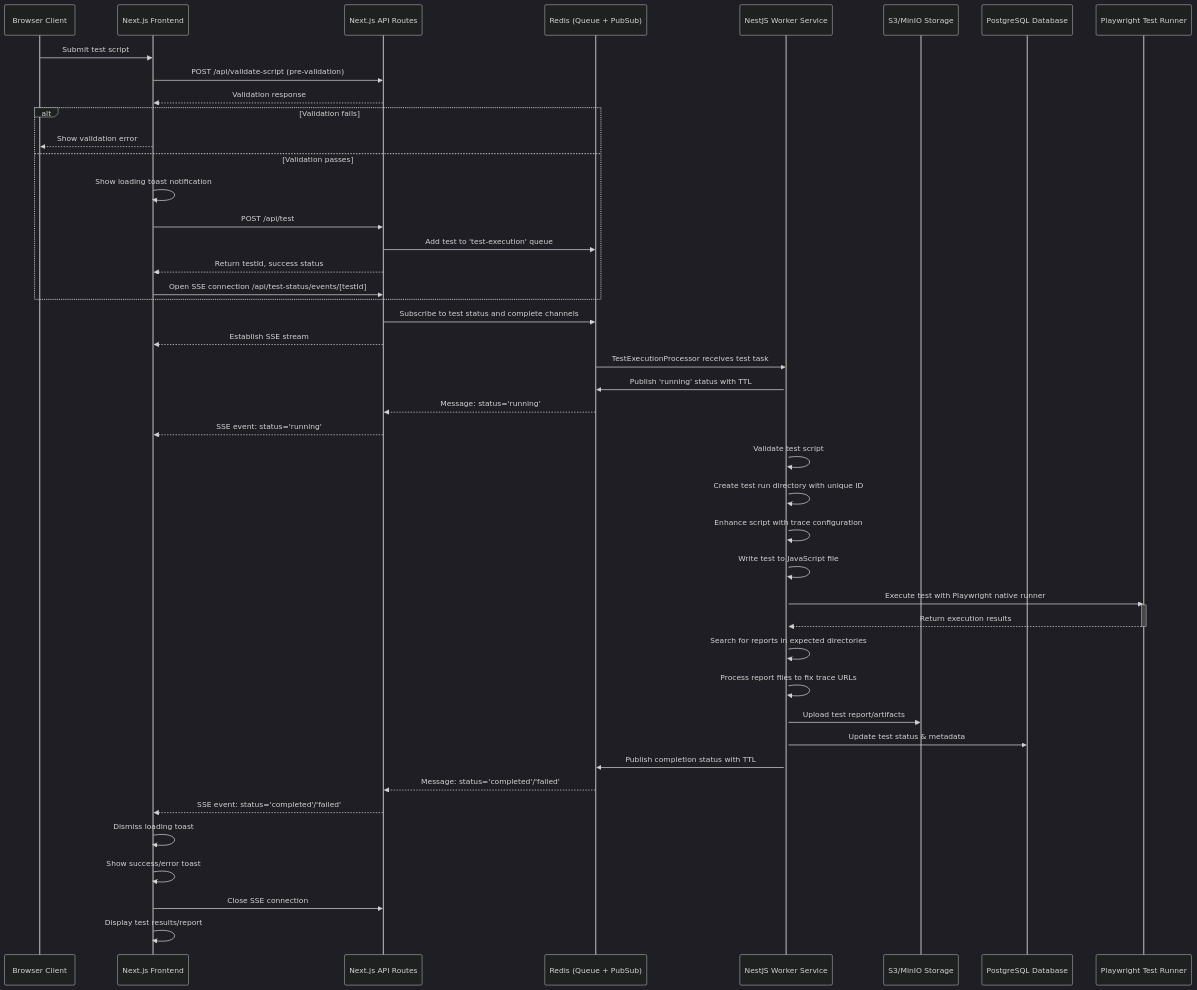
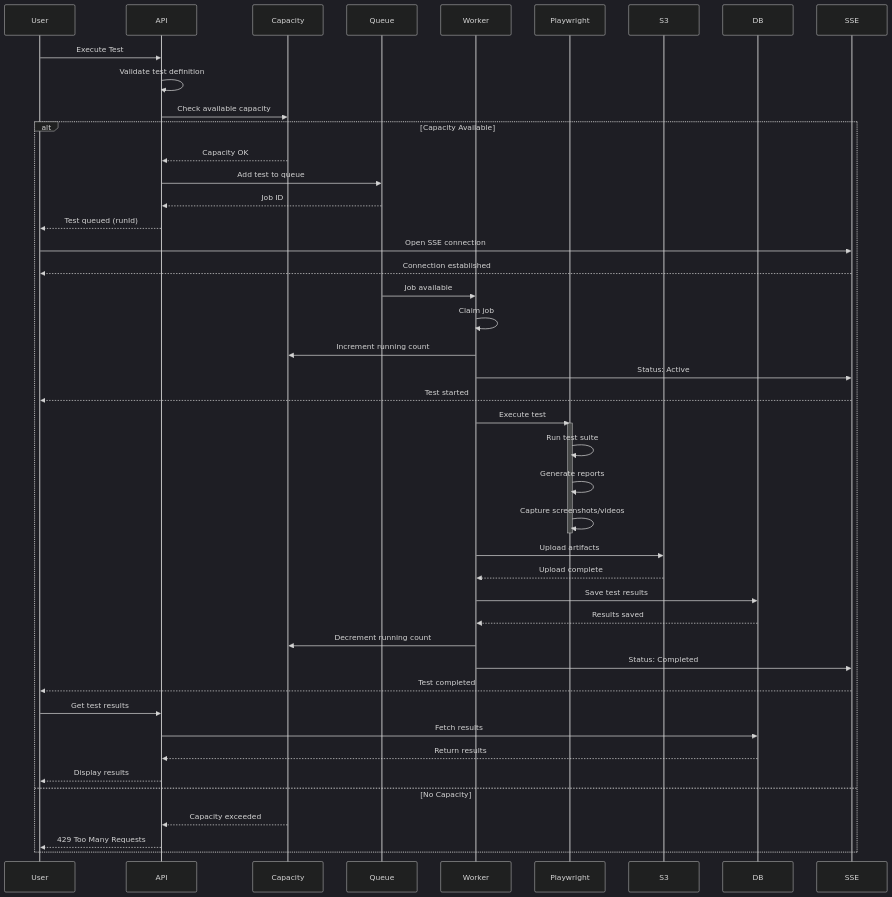
Before and after one commit to supercheck-io/supercheck: the second of 16 diagrams in specs/TEST_EXECUTION_AND_JOB_QUEUE_FLOW.md, drawn with Mermaid (dark theme). The commit also changed other lines of this file, not shown here.

Commit message:
docs(specs): update TEST_EXECUTION with comprehensive queue and worker diagrams

````diff
--- a/specs/TEST_EXECUTION_AND_JOB_QUEUE_FLOW.md
+++ b/specs/TEST_EXECUTION_AND_JOB_QUEUE_FLOW.md
@@ -122,57 +103,58 @@
 ```mermaid
 sequenceDiagram
-    participant Client as Browser Client
-    participant NextFE as Next.js Frontend
-    participant NextAPI as Next.js API Routes
-    participant Redis as Redis (Queue + PubSub)
-    participant NestJS as NestJS Worker Service
-    participant S3 as S3/MinIO Storage
-    participant DB as PostgreSQL Database
-    participant PW as Playwright Test Runner
+    participant User
+    participant API
+    participant Capacity
+    participant Queue
+    participant Worker
+    participant Playwright
+    participant S3
+    participant DB
+    participant SSE
 
-    %% Individual Test Execution Flow (e.g., Playground)
-    Client->>NextFE: Submit test script
-    NextFE->>NextAPI: POST /api/validate-script (pre-validation)
-    NextAPI-->>NextFE: Validation response
-    alt Validation fails
-        NextFE-->>Client: Show validation error
-    else Validation passes
-        NextFE->>NextFE: Show loading toast notification
-        NextFE->>NextAPI: POST /api/test
-        NextAPI->>Redis: Add test to 'test-execution' queue
-        NextAPI-->>NextFE: Return testId, success status
-        NextFE->>NextAPI: Open SSE connection /api/test-status/events/[testId]
+    User->>API: Execute Test
+    API->>API: Validate test definition
+    API->>Capacity: Check available capacity
+
+    alt Capacity Available
+        Capacity-->>API: Capacity OK
+        API->>Queue: Add test to queue
+        Queue-->>API: Job ID
+        API-->>User: Test queued (runId)
+
+        User->>SSE: Open SSE connection
+        SSE-->>User: Connection established
+
+        Queue->>Worker: Job available
+        Worker->>Worker: Claim job
+        Worker->>Capacity: Increment running count
+        Worker->>SSE: Status: Active
+        SSE-->>User: Test started
+
+        Worker->>Playwright: Execute test
+        activate Playwright
+        Playwright->>Playwright: Run test suite
+        Playwright->>Playwright: Generate reports
+        Playwright->>Playwright: Capture screenshots/videos
+        deactivate Playwright
+
+        Worker->>S3: Upload artifacts
+        S3-->>Worker: Upload complete
+
+        Worker->>DB: Save test results
+        DB-->>Worker: Results saved
+
+        Worker->>Capacity: Decrement running count
+        Worker->>SSE: Status: Completed
+        SSE-->>User: Test completed
+
+        User->>API: Get test results
+        API->>DB: Fetch results
+        DB-->>API: Return results
+        API-->>User: Display results
+
+    else No Capacity
+        Capacity-->>API: Capacity exceeded
+        API-->>User: 429 Too Many Requests
     end
-    NextAPI->>Redis: Subscribe to test status and complete channels
-    NextAPI-->>NextFE: Establish SSE stream
-
-    %% Worker picks up test from queue
-    Redis->>NestJS: TestExecutionProcessor receives test task
-    activate NestJS
-    NestJS->>Redis: Publish 'running' status with TTL
-    Redis-->>NextAPI: Message: status='running'
-    NextAPI-->>NextFE: SSE event: status='running'
-
-    %% Test execution process
-    NestJS->>NestJS: Validate test script
-    NestJS->>NestJS: Create test run directory with unique ID
-    NestJS->>NestJS: Enhance script with trace configuration
-    NestJS->>NestJS: Write test to JavaScript file
-    NestJS->>PW: Execute test with Playwright native runner
-    activate PW
-    PW-->>NestJS: Return execution results
-    deactivate PW
-
-    %% Handling test results
-    NestJS->>NestJS: Search for reports in expected directories
-    NestJS->>NestJS: Process report files to fix trace URLs
-    NestJS->>S3: Upload test report/artifacts
-    NestJS->>DB: Update test status & metadata
-    NestJS->>Redis: Publish completion status with TTL
-    Redis-->>NextAPI: Message: status='completed'/'failed'
-    NextAPI-->>NextFE: SSE event: status='completed'/'failed'
-    NextFE->>NextFE: Dismiss loading toast
-    NextFE->>NextFE: Show success/error toast
-    NextFE->>NextAPI: Close SSE connection
-    NextFE->>NextFE: Display test results/report
 ```
````
